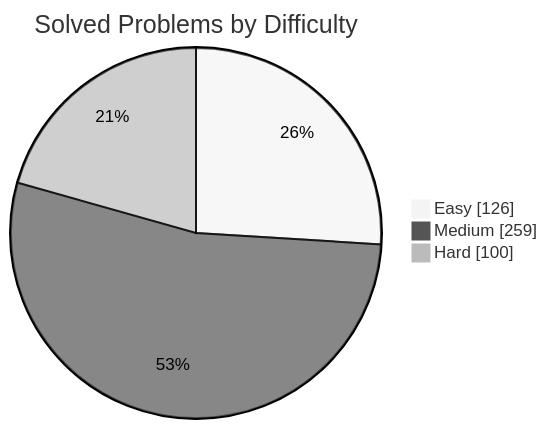
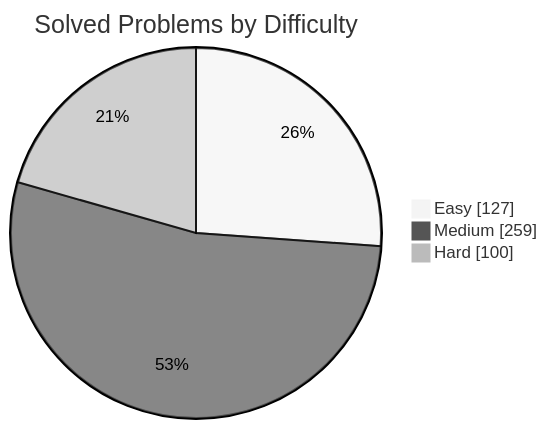
The first of 2 diagrams in README.md (manikantbindass/DSA-Preparation-FAANG), drawn with Mermaid (neutral theme) before and after one commit. The commit also changed other lines of this file and 1 other file, not shown here.

````diff
--- a/README.md
+++ b/README.md
@@ -77,7 +77,7 @@
 ```mermaid
 pie showData
     title Solved Problems by Difficulty
-    "Easy" : 126
+    "Easy" : 127
     "Medium" : 259
     "Hard" : 100
 ```
````
